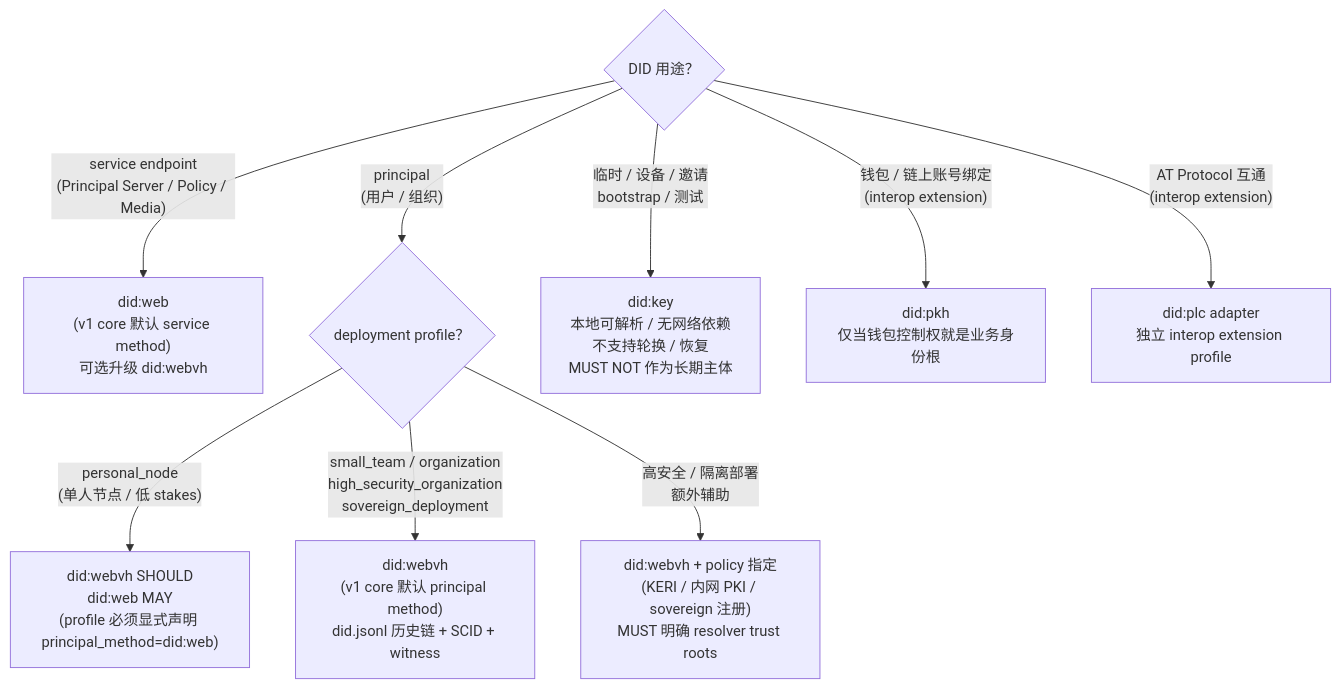
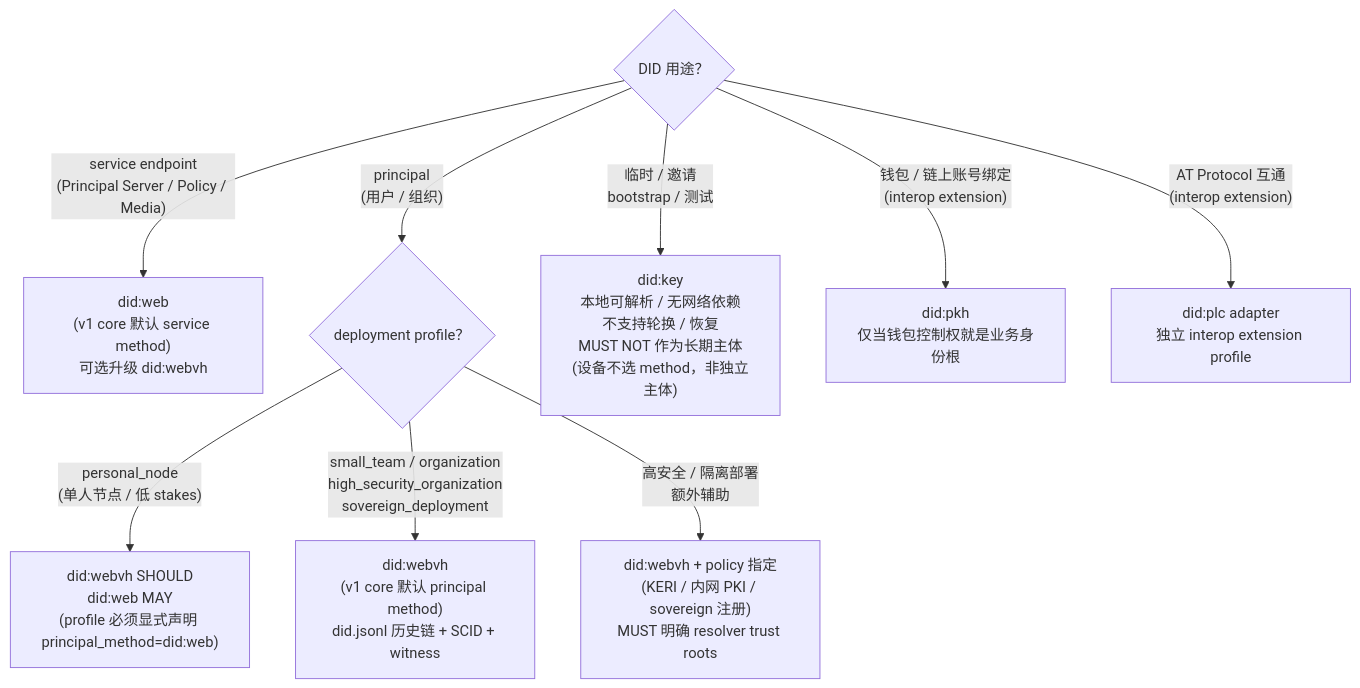
The diagram in spec/v1/zh/identity/identity-did.md (arkret-org/arkret-spec), drawn with Mermaid before and after one commit. The commit also changed other lines of this file and 10 other files, not shown here.

First line of the commit message:
spec: remove actor_kind="device" — devices are not DID principals

````diff
--- a/spec/v1/zh/identity/identity-did.md
+++ b/spec/v1/zh/identity/identity-did.md
@@ -105,20 +105,20 @@
 ```mermaid
 flowchart TB
     Q1{"DID 用途？"}
 
     Q1 -- "service endpoint<br/>(Principal Server / Policy / Media)" --> SVC["did:web<br/>(v1 core 默认 service method)<br/>可选升级 did:webvh"]
 
     Q1 -- "principal<br/>(用户 / 组织)" --> Q2{"deployment profile？"}
 
-    Q1 -- "临时 / 设备 / 邀请<br/>bootstrap / 测试" --> KEY["did:key<br/>本地可解析 / 无网络依赖<br/>不支持轮换 / 恢复<br/>MUST NOT 作为长期主体"]
+    Q1 -- "临时 / 邀请<br/>bootstrap / 测试" --> KEY["did:key<br/>本地可解析 / 无网络依赖<br/>不支持轮换 / 恢复<br/>MUST NOT 作为长期主体<br/>(设备不选 method，非独立主体)"]
 
     Q1 -- "钱包 / 链上账号绑定<br/>(interop extension)" --> PKH["did:pkh<br/>仅当钱包控制权就是业务身份根"]
 
     Q1 -- "AT Protocol 互通<br/>(interop extension)" --> PLC["did:plc adapter<br/>独立 interop extension profile"]
 
     Q2 -- "personal_node<br/>(单人节点 / 低 stakes)" --> PN["did:webvh SHOULD<br/>did:web MAY<br/>(profile 必须显式声明 principal_method=did:web)"]
 
     Q2 -- "small_team / organization<br/>high_security_organization<br/>sovereign_deployment" --> ORG["did:webvh<br/>(v1 core 默认 principal method)<br/>did.jsonl 历史链 + SCID + witness"]
 
     Q2 -- "高安全 / 隔离部署<br/>额外辅助" --> EXTRA["did:webvh + policy 指定<br/>(KERI / 内网 PKI / sovereign 注册)<br/>MUST 明确 resolver trust roots"]
 ```
````
